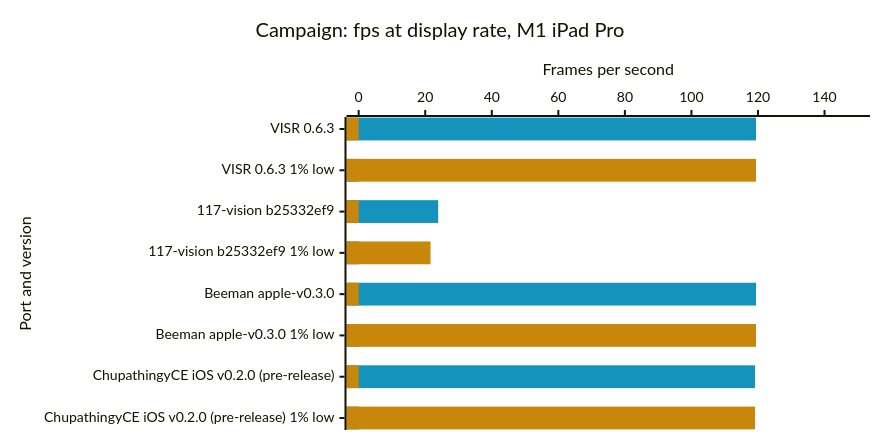
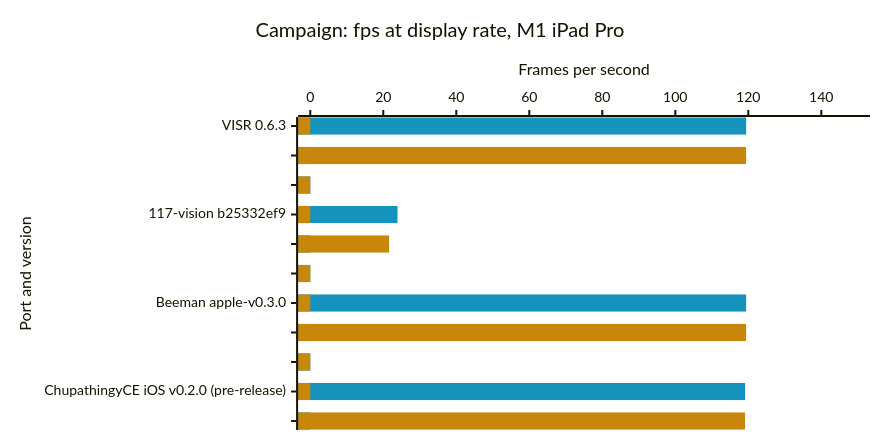
The second of 6 diagrams in docs/benchmarks.md (steverice/visr), drawn with Mermaid before and after one commit. The commit also changed other lines of this file and 8 other files, not shown here.

First line of the commit message:
📝 docs(benchmarks): group each build's average and 1% low bars under one axis label with a gap between builds — `charts.source` and `chartSource` add an empty row between builds and blank the second row's label

````diff
--- a/docs/benchmarks.md
+++ b/docs/benchmarks.md
@@ -48,17 +48,17 @@
 ```mermaid
 ---
 config:
   xyChart:
     width: 860
     height: 420
   themeVariables:
     xyChart:
       plotColorPalette: "#1593bd, #c8870a"
 ---
 xychart-beta horizontal
     title "Campaign: fps at display rate, M1 iPad Pro"
-    x-axis "Port and version" ["VISR 0.6.3", "VISR 0.6.3 1% low", "117-vision b25332ef9", "117-vision b25332ef9 1% low", "Beeman apple-v0.3.0", "Beeman apple-v0.3.0 1% low", "ChupathingyCE iOS v0.2.0 (pre-release)", "ChupathingyCE iOS v0.2.0 (pre-release) 1% low"]
+    x-axis "Port and version" ["VISR 0.6.3", "⠀⠀", "⠀⠀⠀", "117-vision b25332ef9", "⠀⠀⠀⠀⠀", "⠀⠀⠀⠀⠀⠀", "Beeman apple-v0.3.0", "⠀⠀⠀⠀⠀⠀⠀⠀", "⠀⠀⠀⠀⠀⠀⠀⠀⠀", "ChupathingyCE iOS v0.2.0 (pre-release)", "⠀⠀⠀⠀⠀⠀⠀⠀⠀⠀⠀"]
     y-axis "Frames per second" 0 --> 150
-    bar [119.4, 0, 23.9, 0, 119.4, 0, 119.1, 0]
-    bar [0, 119.4, 0, 21.6, 0, 119.4, 0, 119.1]
+    bar [119.4, 0, 0, 23.9, 0, 0, 119.4, 0, 0, 119.1, 0]
+    bar [0, 119.4, 0, 0, 21.6, 0, 0, 119.4, 0, 0, 119.1]
 ```
````
